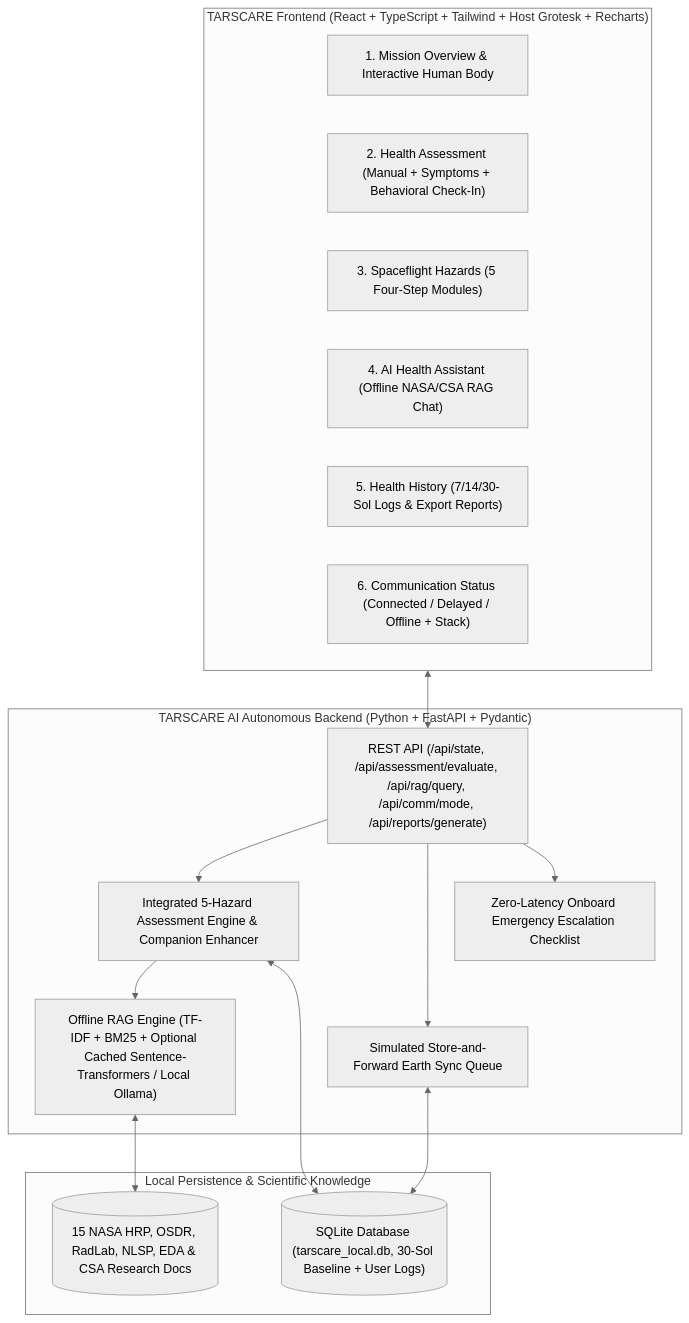
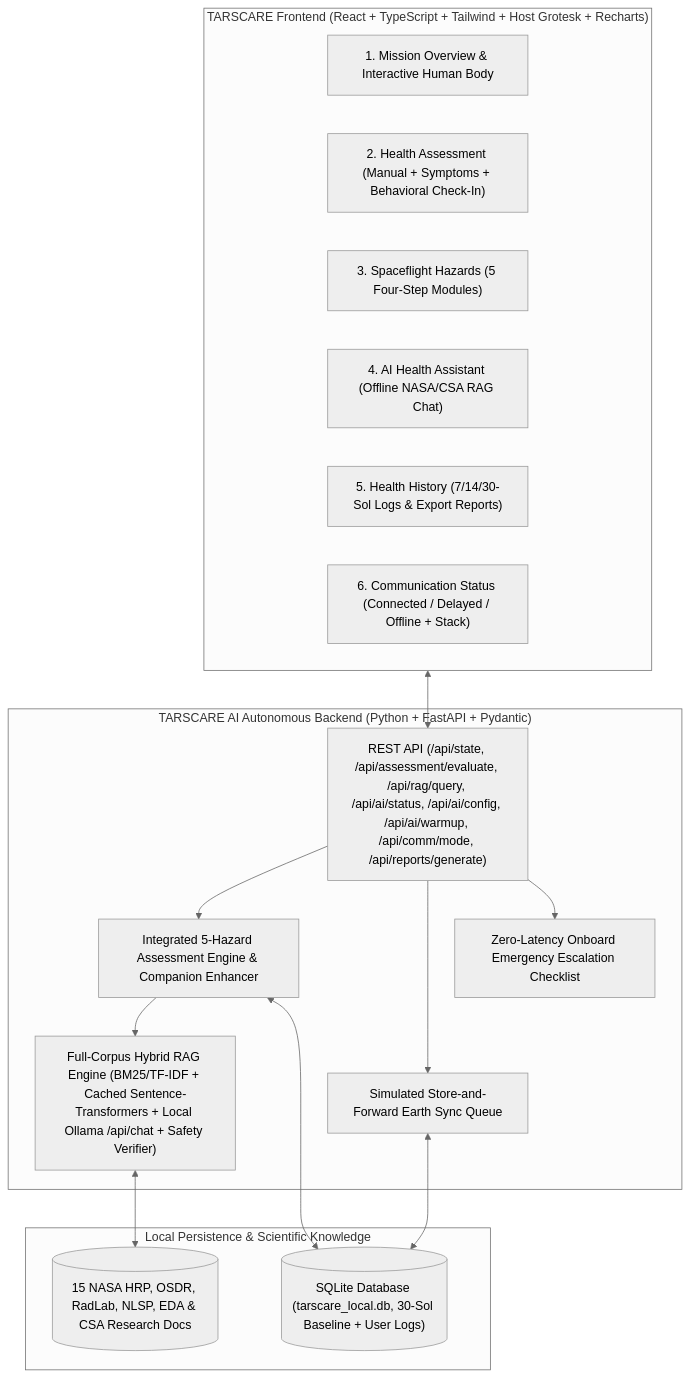
Before and after one commit to TanSuChin/NASASpaceChallenge2026-Milky_Has_Its_Own_Way: the diagram in README.md, drawn with Mermaid (neutral theme). The commit also changed other lines of this file and 27 other files, not shown here.

Commit message:
feat: integrate local Ollama LLM support, hybrid RAG engine, and frontend health assistant updates

````diff
--- a/README.md
+++ b/README.md
@@ -10,33 +10,33 @@
 ```mermaid
 flowchart TD
     subgraph Frontend["TARSCARE Frontend (React + TypeScript + Tailwind + Host Grotesk + Recharts)"]
         V1["1. Mission Overview & Interactive Human Body"]
         V2["2. Health Assessment (Manual + Symptoms + Behavioral Check-In)"]
         V3["3. Spaceflight Hazards (5 Four-Step Modules)"]
         V4["4. AI Health Assistant (Offline NASA/CSA RAG Chat)"]
         V5["5. Health History (7/14/30-Sol Logs & Export Reports)"]
         V6["6. Communication Status (Connected / Delayed / Offline + Stack)"]
     end
 
     subgraph Backend["TARSCARE AI Autonomous Backend (Python + FastAPI + Pydantic)"]
-        API["REST API (/api/state, /api/assessment/evaluate, /api/rag/query, /api/comm/mode, /api/reports/generate)"]
+        API["REST API (/api/state, /api/assessment/evaluate, /api/rag/query, /api/ai/status, /api/ai/config, /api/ai/warmup, /api/comm/mode, /api/reports/generate)"]
         ENG["Integrated 5-Hazard Assessment Engine & Companion Enhancer"]
-        RAG["Offline RAG Engine (TF-IDF + BM25 + Optional Cached Sentence-Transformers / Local Ollama)"]
+        RAG["Full-Corpus Hybrid RAG Engine (BM25/TF-IDF + Cached Sentence-Transformers + Local Ollama /api/chat + Safety Verifier)"]
         SF["Simulated Store-and-Forward Earth Sync Queue"]
         EMG["Zero-Latency Onboard Emergency Escalation Checklist"]
     end
 
     subgraph Storage["Local Persistence & Scientific Knowledge"]
         DB[("SQLite Database (tarscare_local.db, 30-Sol Baseline + User Logs)")]
         CORPUS[("15 NASA HRP, OSDR, RadLab, NLSP, EDA & CSA Research Docs")]
     end
 
     Frontend <--> API
     API --> ENG
     ENG --> RAG
     API --> SF
     API --> EMG
     ENG <--> DB
     SF <--> DB
     RAG <--> CORPUS
 ```
````
